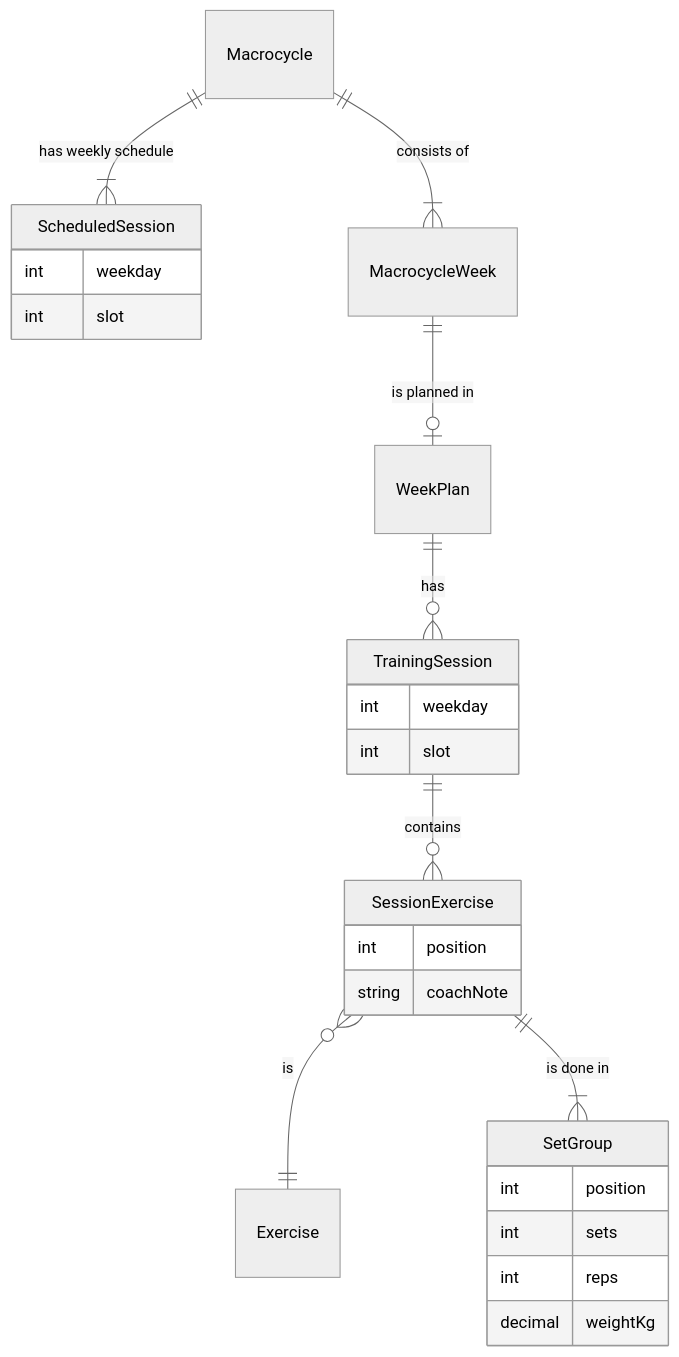
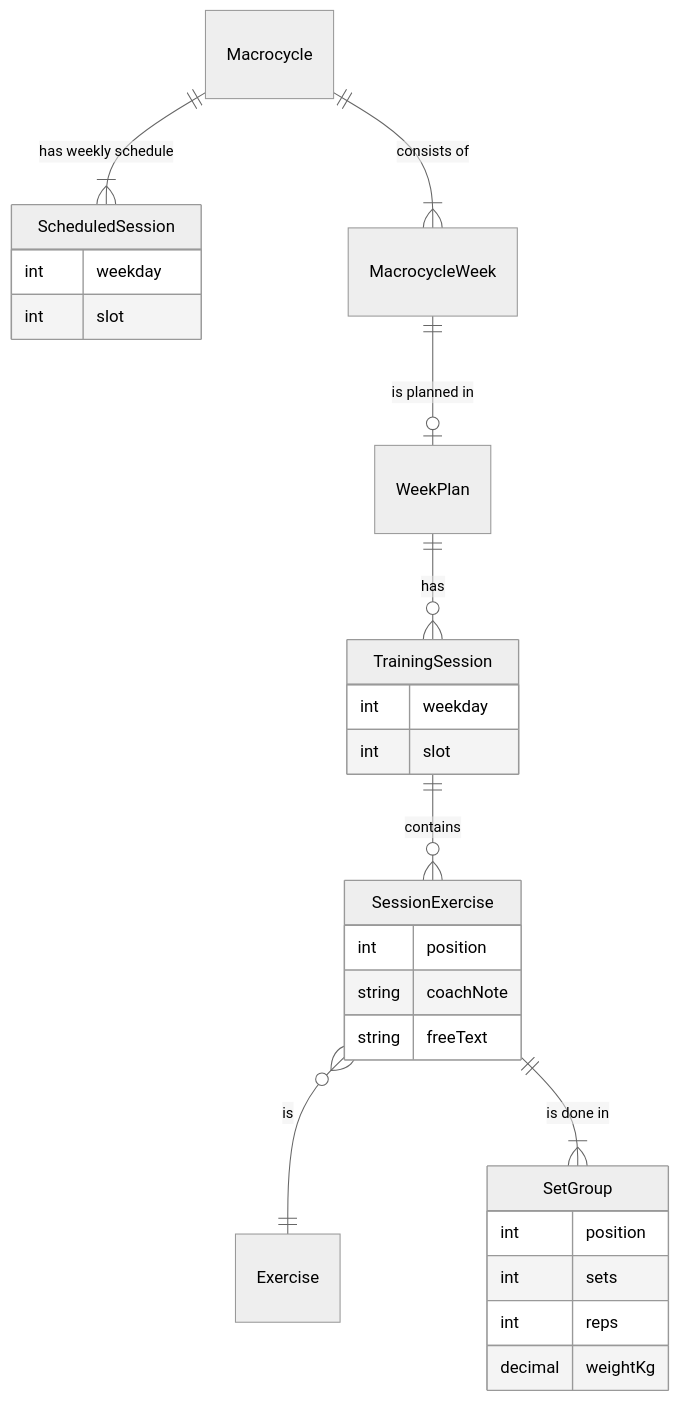
One commit to simonwesthoff/cool changed the diagram in openspec/changes/add-week-planning/design.md. Above: the diagram before and after it, drawn with Mermaid (neutral theme). The commit also changed other lines of this file and 17 other files, not shown here.

First line of the commit message:
Week editor: dividers, free text from exercise 30, Actual/Plan indicators

````diff
--- a/openspec/changes/add-week-planning/design.md
+++ b/openspec/changes/add-week-planning/design.md
@@ -232,28 +239,29 @@
 ```mermaid
 erDiagram
     Macrocycle ||--|{ ScheduledSession : "has weekly schedule"
     Macrocycle ||--|{ MacrocycleWeek : "consists of"
     MacrocycleWeek ||--o| WeekPlan : "is planned in"
     WeekPlan ||--o{ TrainingSession : "has"
     TrainingSession ||--o{ SessionExercise : "contains"
     SessionExercise }o--|| Exercise : "is"
     SessionExercise ||--|{ SetGroup : "is done in"
     ScheduledSession {
         int weekday
         int slot
     }
     TrainingSession {
         int weekday
         int slot
     }
     SessionExercise {
         int position
         string coachNote
+        string freeText
     }
     SetGroup {
         int position
         int sets
         int reps
         decimal weightKg
     }
 ```
````
